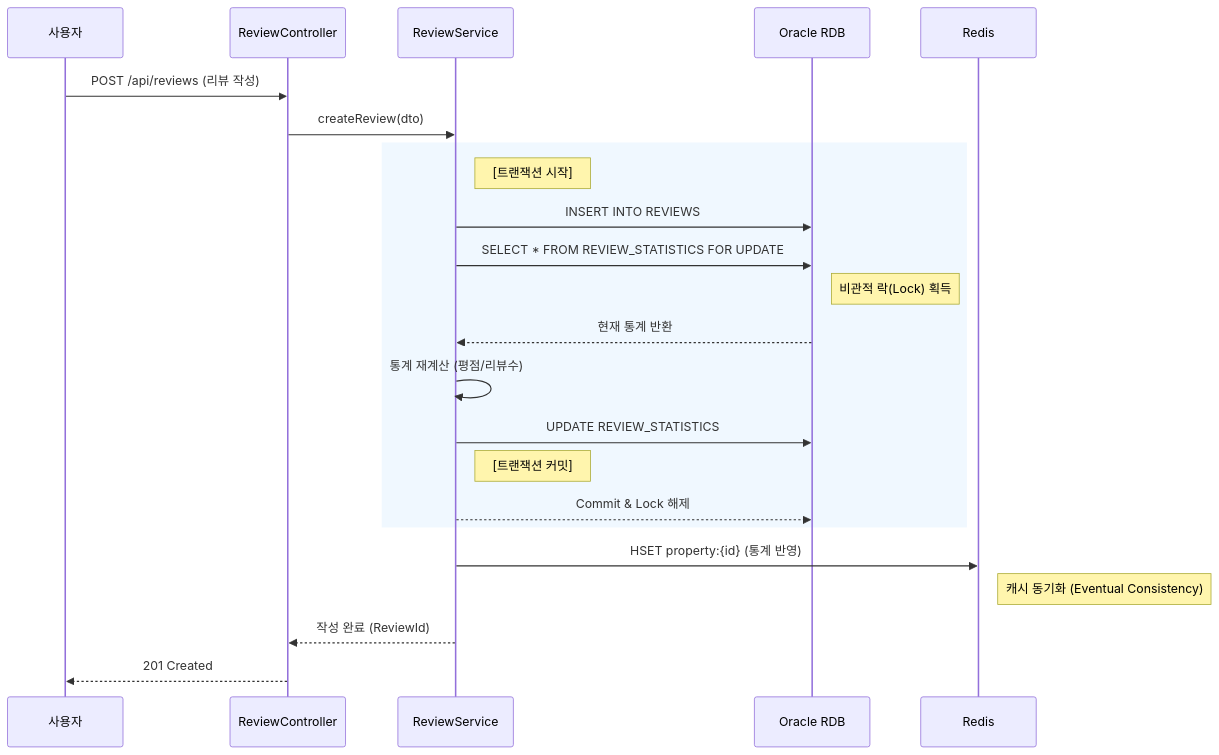
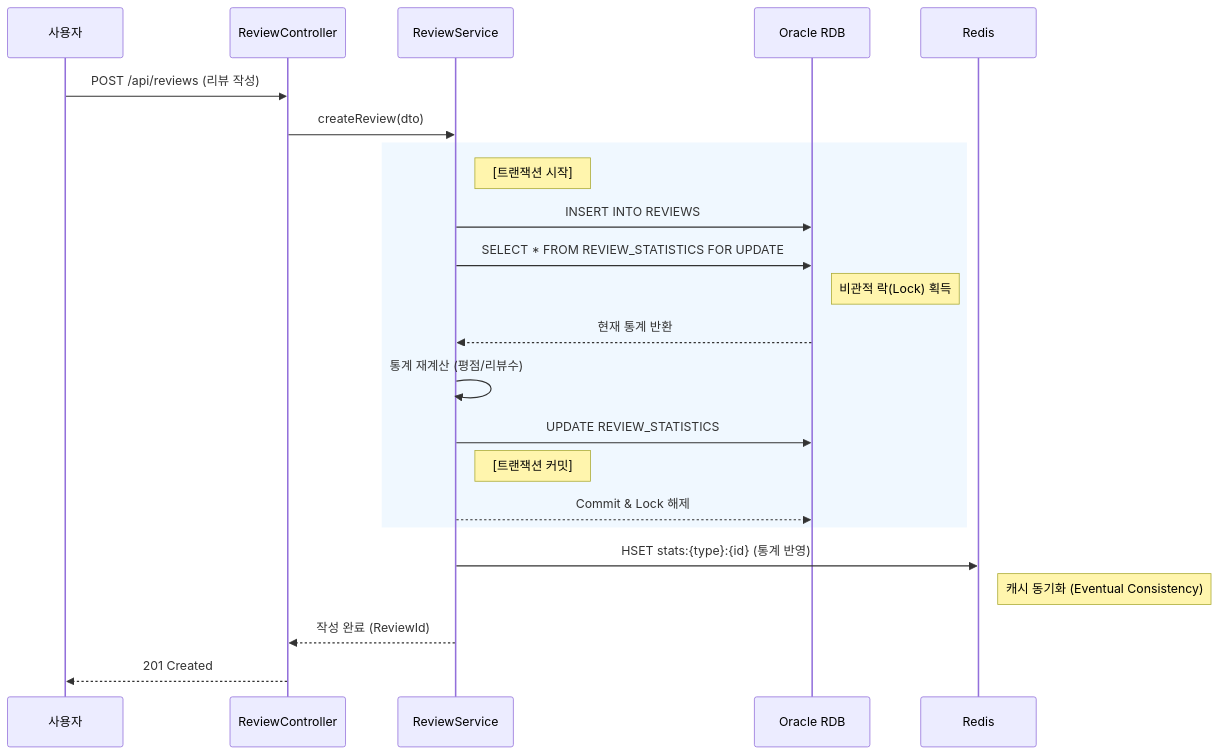
The second of 4 diagrams in docs/11. 주거지 추천 서비스 사용자 경험 반영 개선 기획서/3. 주거지 추천 서비스 사용자 경험 반영 설계 명세서.md (bumjinDev/wherehouse_SpringBoot), drawn with Mermaid before and after one commit. The commit also changed other lines of this file, not shown here.

````diff
--- a/docs/11. 주거지 추천 서비스 사용자 경험 반영 개선 기획서/3. 주거지 추천 서비스 사용자 경험 반영 설계 명세서.md
+++ b/docs/11. 주거지 추천 서비스 사용자 경험 반영 개선 기획서/3. 주거지 추천 서비스 사용자 경험 반영 설계 명세서.md
@@ -144,32 +144,32 @@
 ```mermaid
 sequenceDiagram
     participant Client as 사용자
     participant Controller as ReviewController
     participant Service as ReviewService
     participant RDB as Oracle RDB
     participant Cache as Redis
 
     Client->>Controller: POST /api/reviews (리뷰 작성)
     Controller->>Service: createReview(dto)
     
     rect rgb(240, 248, 255)
         note right of Service: [트랜잭션 시작]
         Service->>RDB: INSERT INTO REVIEWS
         
         Service->>RDB: SELECT * FROM REVIEW_STATISTICS FOR UPDATE
         note right of RDB: 비관적 락(Lock) 획득
         RDB-->>Service: 현재 통계 반환
         
         Service->>Service: 통계 재계산 (평점/리뷰수)
         Service->>RDB: UPDATE REVIEW_STATISTICS
         
         note right of Service: [트랜잭션 커밋]
         Service-->>RDB: Commit & Lock 해제
     end
     
-    Service->>Cache: HSET property:{id} (통계 반영)
+    Service->>Cache: HSET stats:{type}:{id} (통계 반영)
     note right of Cache: 캐시 동기화 (Eventual Consistency)
     
     Service-->>Controller: 작성 완료 (ReviewId)
     Controller-->>Client: 201 Created
 ```
````
